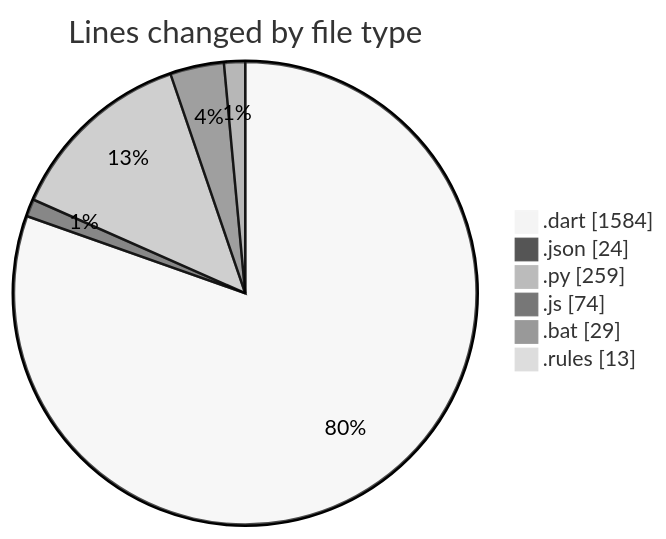
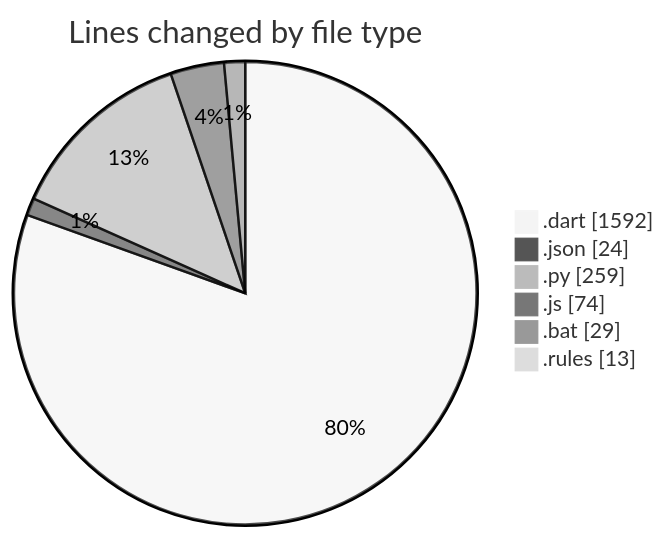
One commit to lephambinh05/code-tracking changed the first of 2 diagrams in 2025-08-04/studybuddy/README.md. Above: the diagram before and after it, drawn with Mermaid (neutral theme). The commit also changed other lines of this file and 1 other file, not shown here.

````diff
--- a/2025-08-04/studybuddy/README.md
+++ b/2025-08-04/studybuddy/README.md
@@ -40,10 +42,10 @@
 ```mermaid
 pie showData
 title Lines changed by file type
-".dart" : 1584
+".dart" : 1592
 ".json" : 24
 ".py" : 259
 ".js" : 74
 ".bat" : 29
 ".rules" : 13
 ```
````
